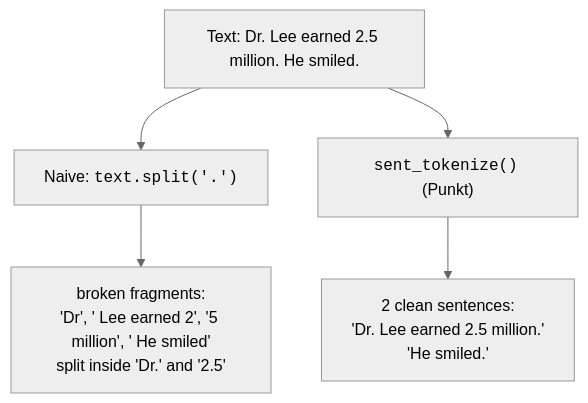
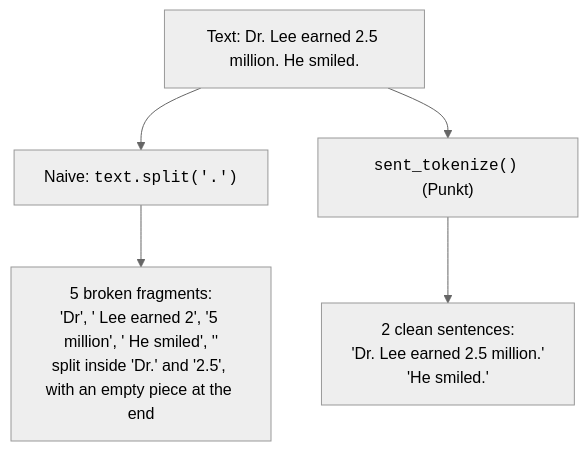
Before and after one commit to dataslope/dataslope: the second of 2 diagrams in content/courses/natural-language-processing-python/tokenization.mdx, drawn with Mermaid (neutral theme). The commit also changed 68 other files, not shown here.

````diff
--- a/content/courses/natural-language-processing-python/tokenization.mdx
+++ b/content/courses/natural-language-processing-python/tokenization.mdx
@@ -155,8 +155,8 @@
 ```mermaid
 flowchart TB
     T["Text: Dr. Lee earned 2.5 million. He smiled."]
     T --> N["Naive: <code>text.split('.')</code>"]
     T --> P["<code>sent_tokenize()</code> (Punkt)"]
-    N --> N1["broken fragments:<br/>'Dr', ' Lee earned 2', '5 million', ' He smiled'<br/>split inside 'Dr.' and '2.5'"]
+    N --> N1["5 broken fragments:<br/>'Dr', ' Lee earned 2', '5 million', ' He smiled', ''<br/>split inside 'Dr.' and '2.5', with an empty piece at the end"]
     P --> P1["2 clean sentences:<br/>'Dr. Lee earned 2.5 million.'<br/>'He smiled.'"]
 ```
````
